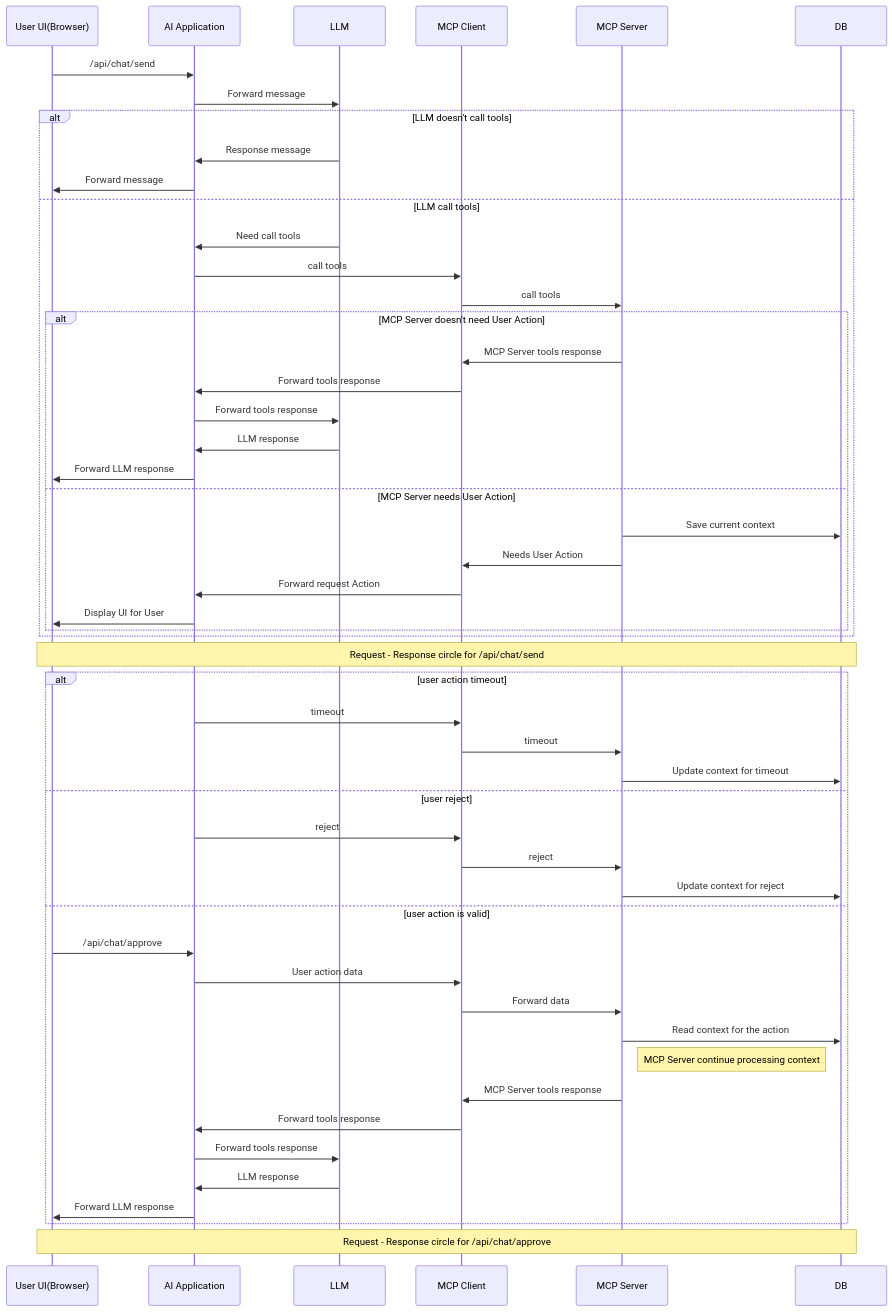
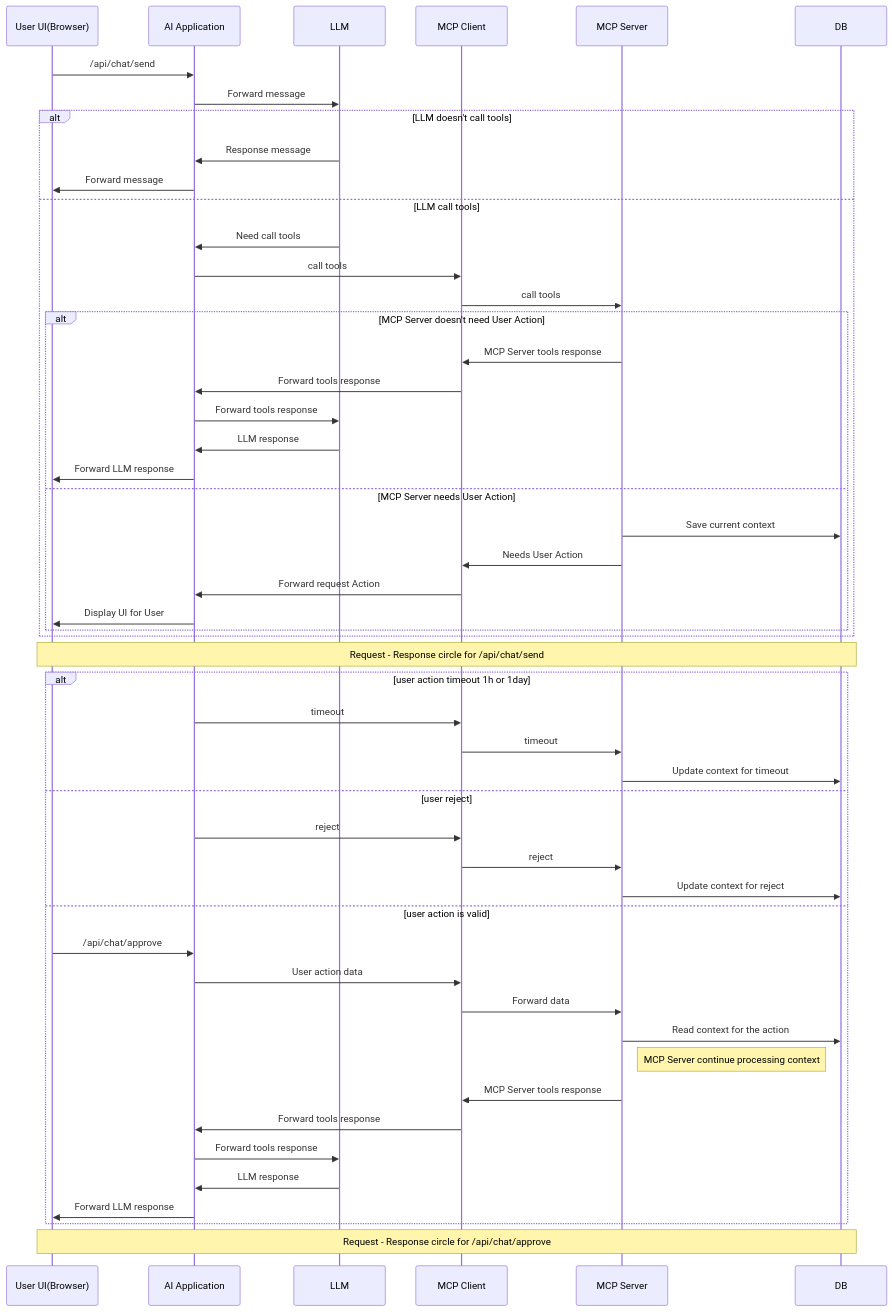
Before and after one commit to lehung1109/chatbot-groq: the diagram in README.md, drawn with Mermaid.

````diff
--- a/README.md
+++ b/README.md
@@ -57,48 +57,48 @@
 ```mermaid
 sequenceDiagram
     participant User as User UI(Browser)
     User->>AI Application:/api/chat/send
     AI Application->>LLM:Forward message
     alt LLM doesn't call tools
         LLM->>AI Application:Response message
         AI Application->>User:Forward message
     else LLM call tools
         LLM->>AI Application:Need call tools
         AI Application->>MCP Client:call tools
         MCP Client->>MCP Server: call tools
         alt MCP Server doesn't need User Action
             MCP Server->>MCP Client:MCP Server tools response
             MCP Client->>AI Application:Forward tools response
             AI Application->>LLM:Forward tools response
             LLM->>AI Application:LLM response
             AI Application->>User:Forward LLM response
         else MCP Server needs User Action
             MCP Server->>DB:Save current context
             MCP Server->>MCP Client:Needs User Action
             MCP Client->>AI Application:Forward request Action
             AI Application->>User:Display UI for User
         end
     end
     Note over User,DB: Request - Response circle for /api/chat/send
-    alt user action timeout
+    alt user action timeout 1h or 1day
         AI Application->>MCP Client:timeout
         MCP Client->>MCP Server:timeout
         MCP Server->>DB:Update context for timeout
     else user reject
         AI Application->>MCP Client:reject
         MCP Client->>MCP Server:reject
         MCP Server->>DB:Update context for reject
     else user action is valid
         User->>AI Application:/api/chat/approve
         AI Application->>MCP Client:User action data
         MCP Client->>MCP Server:Forward data
         MCP Server->>DB:Read context for the action
         Note right of MCP Server:MCP Server continue processing context
         MCP Server->>MCP Client:MCP Server tools response
         MCP Client->>AI Application:Forward tools response
         AI Application->>LLM:Forward tools response
         LLM->>AI Application:LLM response
         AI Application->>User:Forward LLM response
     end
     Note over User,DB: Request - Response circle for /api/chat/approve
 ```
````
